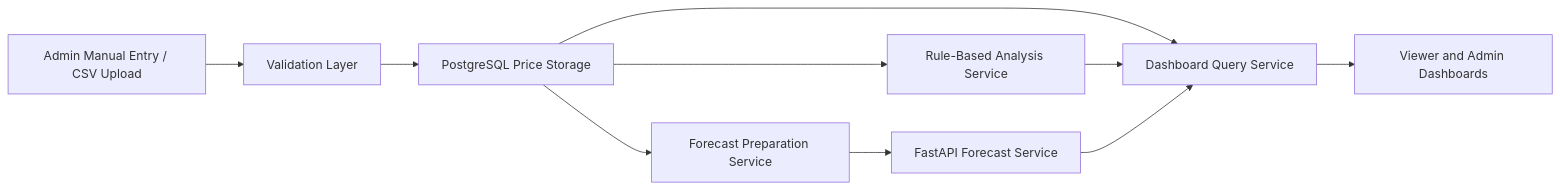
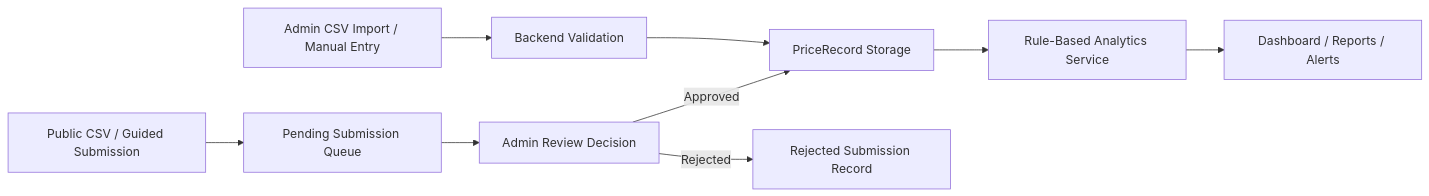
One commit to zeelot-Xy/Benue-AgriPrice-Insight changed the diagram in docs/architecture/data-flow-and-analysis-rules.md. Above: the diagram before and after it, drawn with Mermaid. The commit also changed other lines of this file and 24 other files, not shown here.

Commit message:
docs: align academic and architecture docs with final no-forecast system

````diff
--- a/docs/architecture/data-flow-and-analysis-rules.md
+++ b/docs/architecture/data-flow-and-analysis-rules.md
@@ -7,12 +7,11 @@
 ```mermaid
 flowchart LR
-  A["Admin Manual Entry / CSV Upload"] --> B["Validation Layer"]
-  B --> C["PostgreSQL Price Storage"]
-  C --> D["Rule-Based Analysis Service"]
-  C --> E["Dashboard Query Service"]
-  C --> F["Forecast Preparation Service"]
-  F --> G["FastAPI Forecast Service"]
-  D --> E
-  E --> H["Viewer and Admin Dashboards"]
-  G --> E
+  A["Admin CSV Import / Manual Entry"] --> B["Backend Validation"]
+  A2["Public CSV / Guided Submission"] --> B2["Pending Submission Queue"]
+  B2 --> C2["Admin Review Decision"]
+  C2 -->|Approved| C["PriceRecord Storage"]
+  C2 -->|Rejected| X["Rejected Submission Record"]
+  B --> C["PriceRecord Storage"]
+  C --> D["Rule-Based Analytics Service"]
+  D --> E["Dashboard / Reports / Alerts"]
 ```
````
